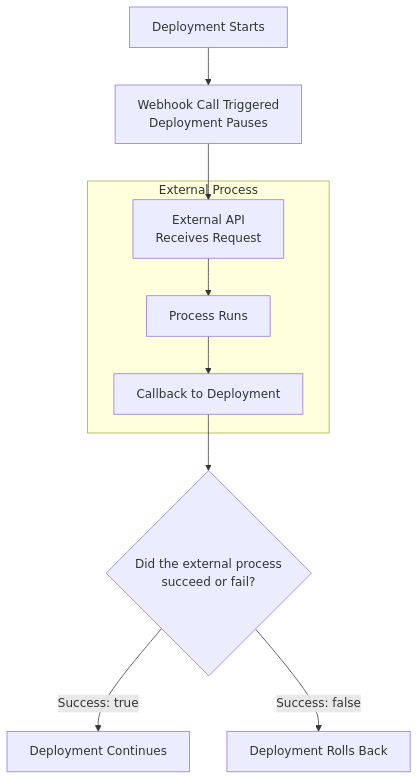
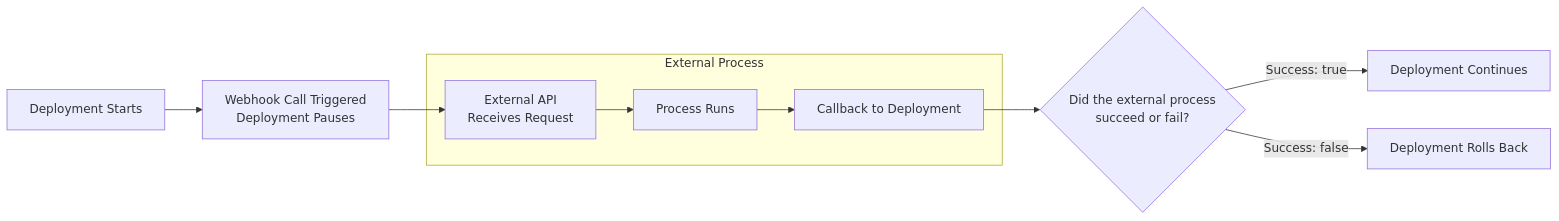
One commit to armory/docs-cdaas changed the diagram in content/en/cd-as-a-service/concepts/external-automation.md. Above: the diagram before and after it, drawn with Mermaid. The commit also changed 188 other files, not shown here.

````diff
--- a/content/en/cd-as-a-service/concepts/external-automation.md
+++ b/content/en/cd-as-a-service/concepts/external-automation.md
@@ -46,22 +46,22 @@
 ```mermaid
-flowchart TB   
+flowchart LR   
    A --> B
    B --> C
    C --> D
    D --> E
    E --> F
    F -- "Success: true" --> G
    F -- "Success: false" --> H
 
    A["Deployment Starts"]
    B["Webhook Call Triggered<br>Deployment Pauses"]
    F{"Did the external process<br>succeed or fail?"}
    G["Deployment Continues"]
    H["Deployment Rolls Back"]
 
    subgraph exp [External Process]
    C["External API<br>Receives Request"]
    D["Process Runs"]
    E[Callback to Deployment]
    end
 ```
````
